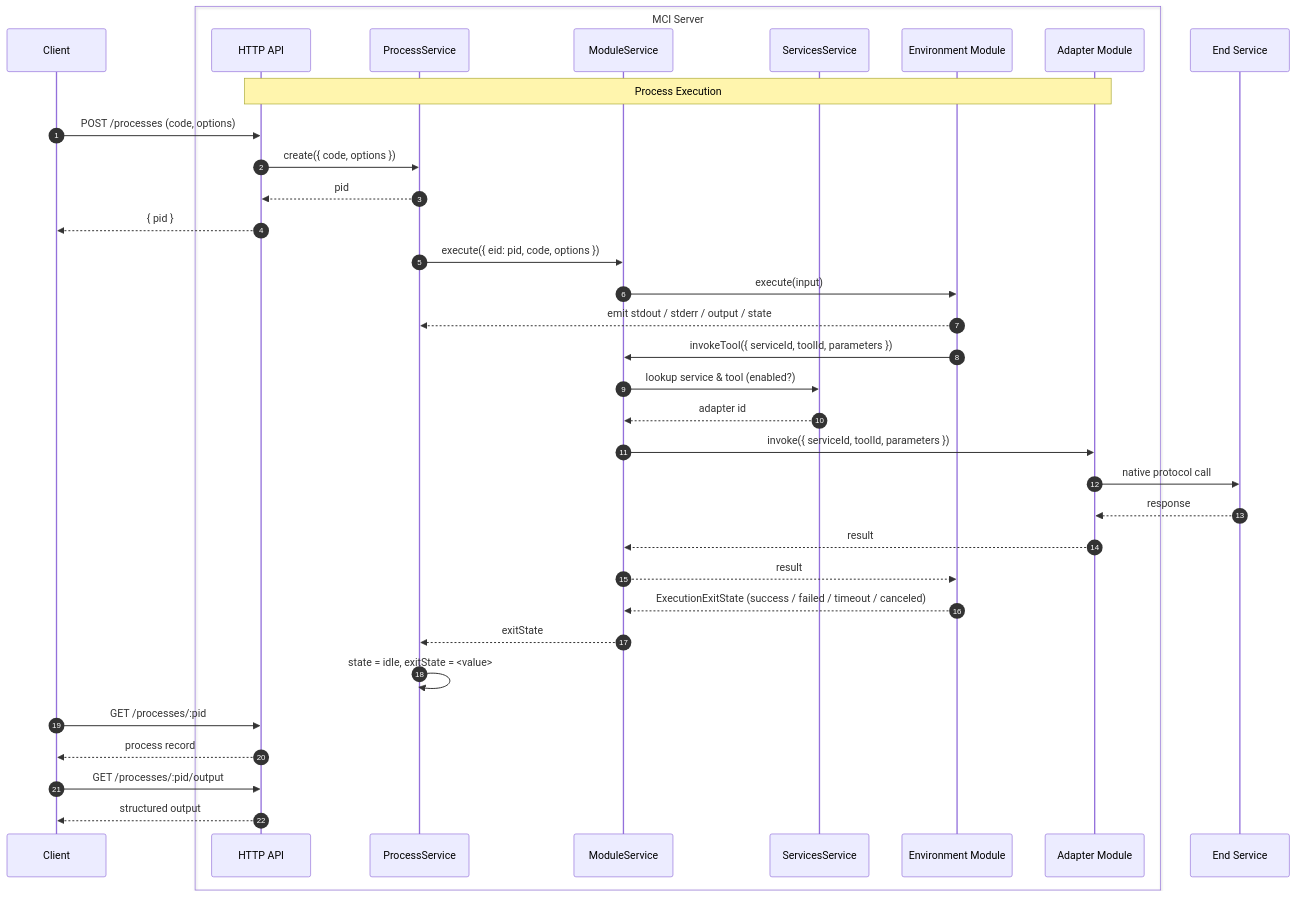
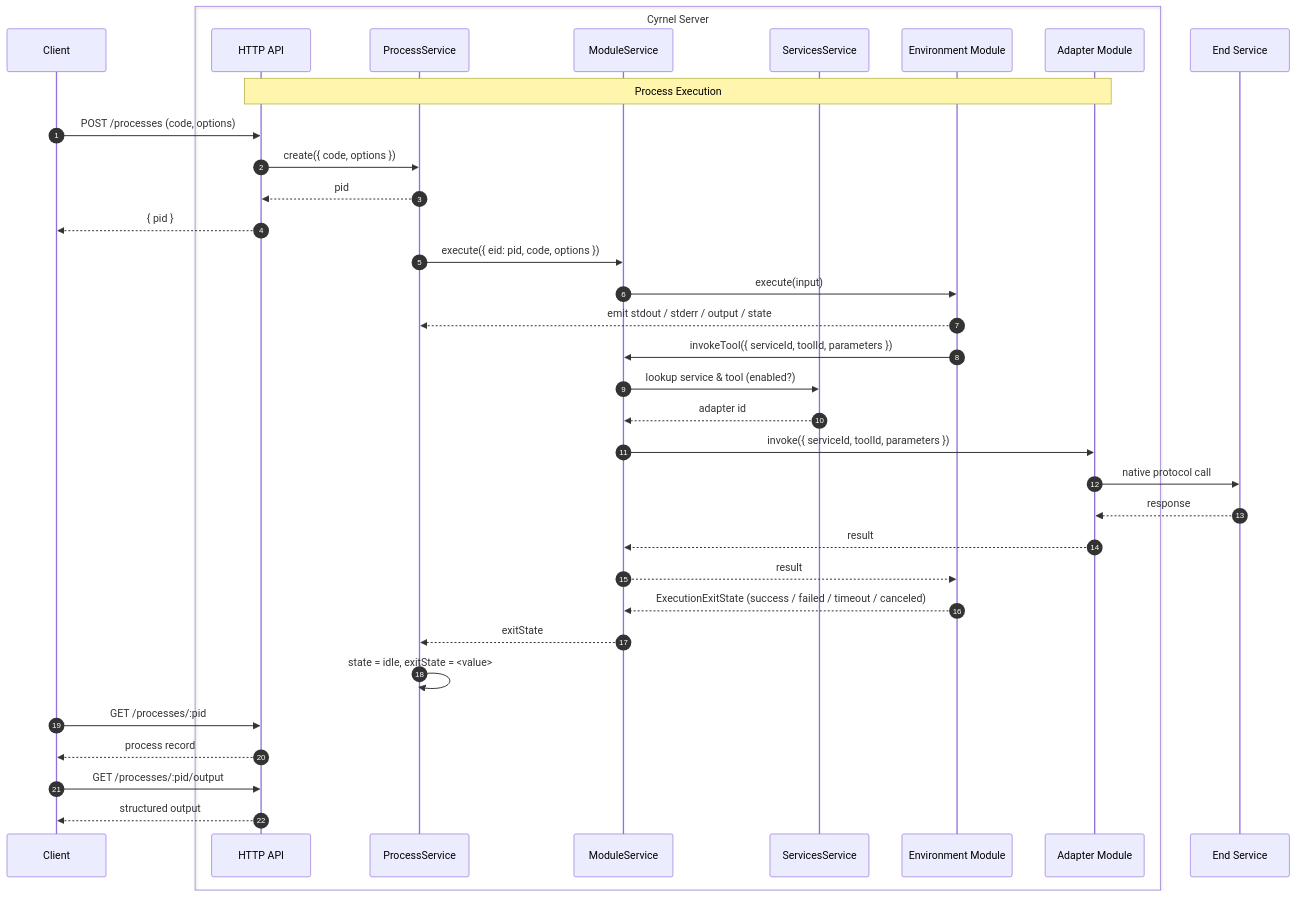
The second of 2 diagrams in docs/content/architecture.mdx (actelos/cyrnel), drawn with Mermaid before and after one commit. The commit also changed other lines of this file and 75 other files, not shown here.

Commit message:
chore: rename `MCI` to `Cyrnel` project wide

````diff
--- a/docs/content/architecture.mdx
+++ b/docs/content/architecture.mdx
@@ -91,45 +91,45 @@
 ```mermaid
 sequenceDiagram
     autonumber
 
     participant Client
 
-    box MCI Server
+    box Cyrnel Server
         participant API as HTTP API
         participant PS as ProcessService
         participant MS as ModuleService
         participant SS as ServicesService
         participant Env as Environment Module
         participant Adapter as Adapter Module
     end
 
     participant Service as End Service
 
     Note over API,Adapter: Process Execution
     Client->>API: POST /processes (code, options)
     API->>PS: create({ code, options })
     PS-->>API: pid
     API-->>Client: { pid }
 
     PS->>MS: execute({ eid: pid, code, options })
     MS->>Env: execute(input)
     Env-->>PS: emit stdout / stderr / output / state
 
     Env->>MS: invokeTool({ serviceId, toolId, parameters })
     MS->>SS: lookup service & tool (enabled?)
     SS-->>MS: adapter id
     MS->>Adapter: invoke({ serviceId, toolId, parameters })
     Adapter->>Service: native protocol call
     Service-->>Adapter: response
     Adapter-->>MS: result
     MS-->>Env: result
 
     Env-->>MS: ExecutionExitState (success / failed / timeout / canceled)
     MS-->>PS: exitState
     PS->>PS: state = idle, exitState = <value>
 
     Client->>API: GET /processes/:pid
     API-->>Client: process record
     Client->>API: GET /processes/:pid/output
     API-->>Client: structured output
 ```
````
